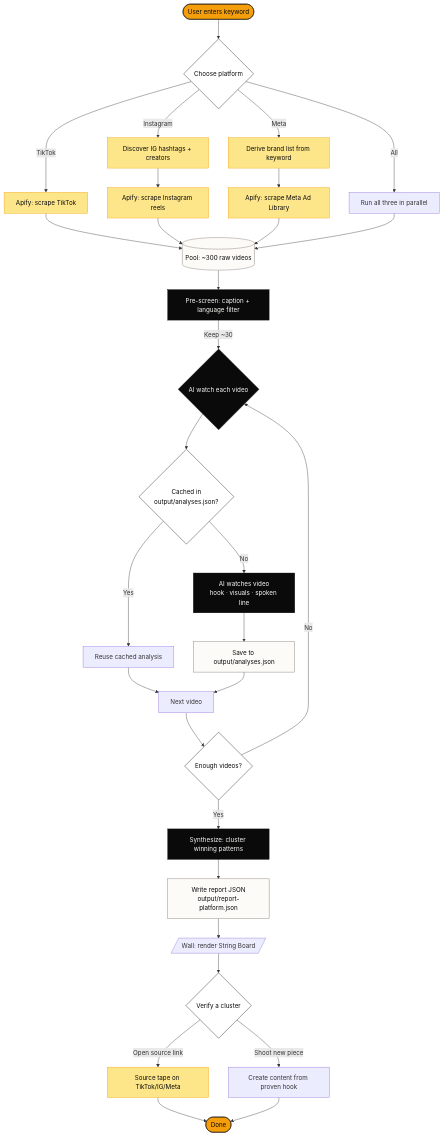
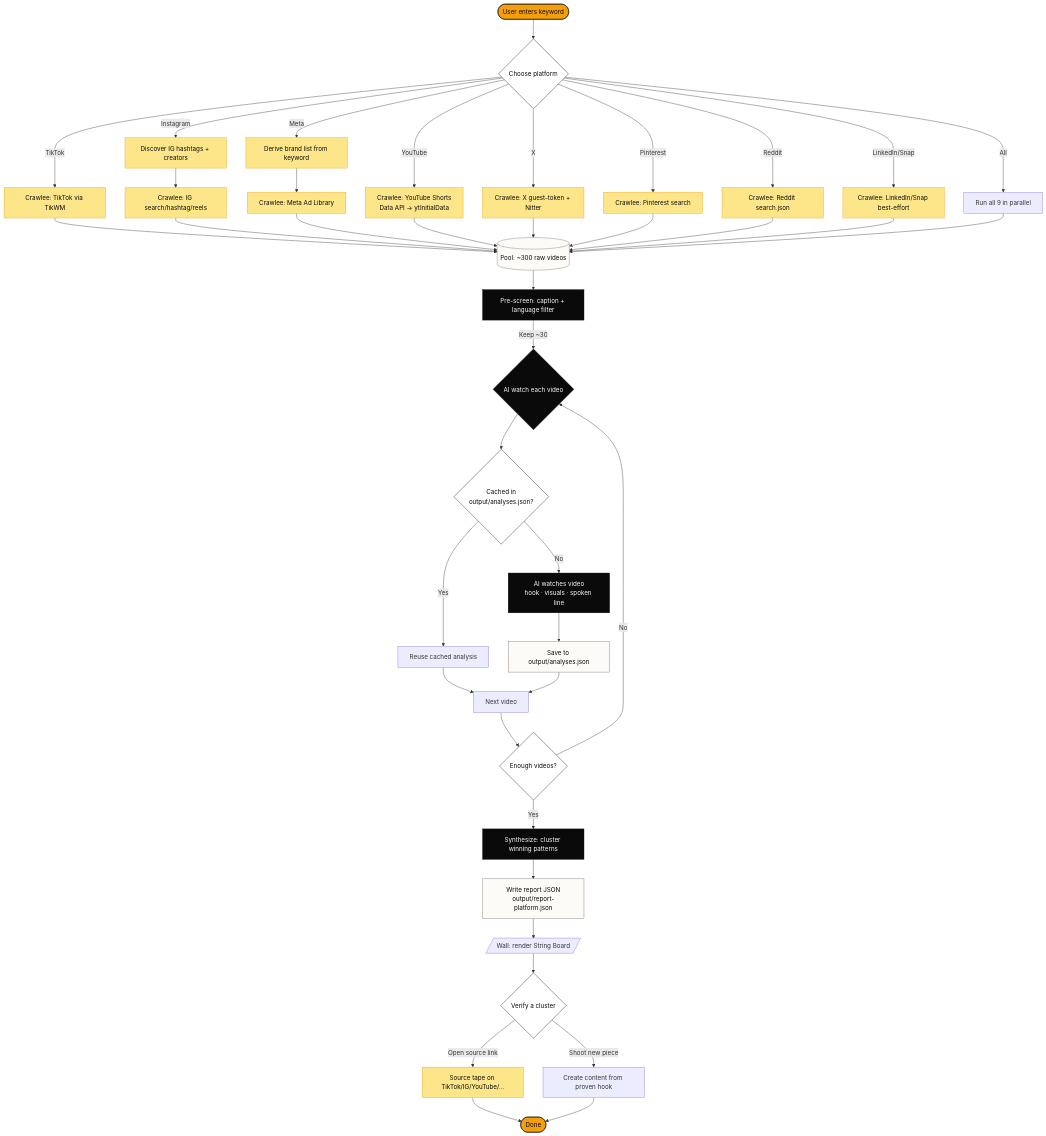
Before and after one commit to manish-9245/WhyViral: the diagram in README.md, drawn with Mermaid. The commit also changed other lines of this file and 6 other files, not shown here.

````diff
--- a/README.md
+++ b/README.md
@@ -66,49 +86,59 @@
 ```mermaid
 flowchart TD
     Start([User enters keyword]) --> Choose{Choose platform}
-    Choose -->|TikTok| ScrapeTT[Apify: scrape TikTok]
+    Choose -->|TikTok| ScrapeTT[Crawlee: TikTok via TikWM]
     Choose -->|Instagram| DiscoverIG[Discover IG hashtags + creators]
-    DiscoverIG --> ScrapeIG[Apify: scrape Instagram reels]
+    DiscoverIG --> ScrapeIG[Crawlee: IG search/hashtag/reels]
     Choose -->|Meta| DeriveBrands[Derive brand list from keyword]
-    DeriveBrands --> ScrapeMeta[Apify: scrape Meta Ad Library]
-    Choose -->|All| ScrapeAll[Run all three in parallel]
+    DeriveBrands --> ScrapeMeta[Crawlee: Meta Ad Library]
+    Choose -->|YouTube| ScrapeYT[Crawlee: YouTube Shorts<br/>Data API → ytInitialData]
+    Choose -->|X| ScrapeTW[Crawlee: X guest-token + Nitter]
+    Choose -->|Pinterest| ScrapePin[Crawlee: Pinterest search]
+    Choose -->|Reddit| ScrapeRD[Crawlee: Reddit search.json]
+    Choose -->|LinkedIn/Snap| ScrapeLS[Crawlee: LinkedIn/Snap best-effort]
+    Choose -->|All| ScrapeAll[Run all 9 in parallel]
 
     ScrapeTT --> Pool[(Pool: ~300 raw videos)]
     ScrapeIG --> Pool
     ScrapeMeta --> Pool
+    ScrapeYT --> Pool
+    ScrapeTW --> Pool
+    ScrapePin --> Pool
+    ScrapeRD --> Pool
+    ScrapeLS --> Pool
     ScrapeAll --> Pool
 
     Pool --> Prescreen[Pre-screen: caption + language filter]
     Prescreen -->|Keep ~30| Watch{AI watch each video}
 
     Watch --> CacheCheck{Cached in<br/>output/analyses.json?}
     CacheCheck -->|Yes| Reuse[Reuse cached analysis]
     CacheCheck -->|No| Gemini[AI watches video<br/>hook · visuals · spoken line]
     Gemini --> SaveCache[Save to output/analyses.json]
     Reuse --> Next
     SaveCache --> Next[Next video]
 
     Next --> HaveEnough{Enough videos?}
     HaveEnough -->|No| Watch
     HaveEnough -->|Yes| Synthesize[Synthesize: cluster winning patterns]
 
     Synthesize --> Report[Write report JSON<br/>output/report-platform.json]
     Report --> Wall[/Wall: render String Board/]
     Wall --> Verify{Verify a cluster}
-    Verify -->|Open source link| Tape[Source tape on TikTok/IG/Meta]
+    Verify -->|Open source link| Tape[Source tape on TikTok/IG/YouTube/...]
     Verify -->|Shoot new piece| Shoot[Create content from proven hook]
     Tape --> Done([Done])
     Shoot --> Done
 
     classDef ext fill:#fde68a,stroke:#f59e0b,color:#0a0a0b
     classDef ai fill:#0a0a0b,stroke:#0a0a0b,color:#fdfbf7
     classDef store fill:#fdfbf7,stroke:#78716c,color:#0a0a0b
     classDef decision fill:#fff,stroke:#0a0a0b,color:#0a0a0b
     classDef done fill:#f59e0b,stroke:#0a0a0b,color:#0a0a0b
 
-    class ScrapeTT,ScrapeIG,ScrapeMeta,DiscoverIG,DeriveBrands,Tape ext
+    class ScrapeTT,ScrapeIG,ScrapeMeta,ScrapeYT,ScrapeTW,ScrapePin,ScrapeRD,ScrapeLS,DiscoverIG,DeriveBrands,Tape ext
     class Gemini,Synthesize,Prescreen,Watch ai
     class Pool,Report,SaveCache store
     class Choose,CacheCheck,HaveEnough,Verify decision
     class Start,Done done
 ```
````
